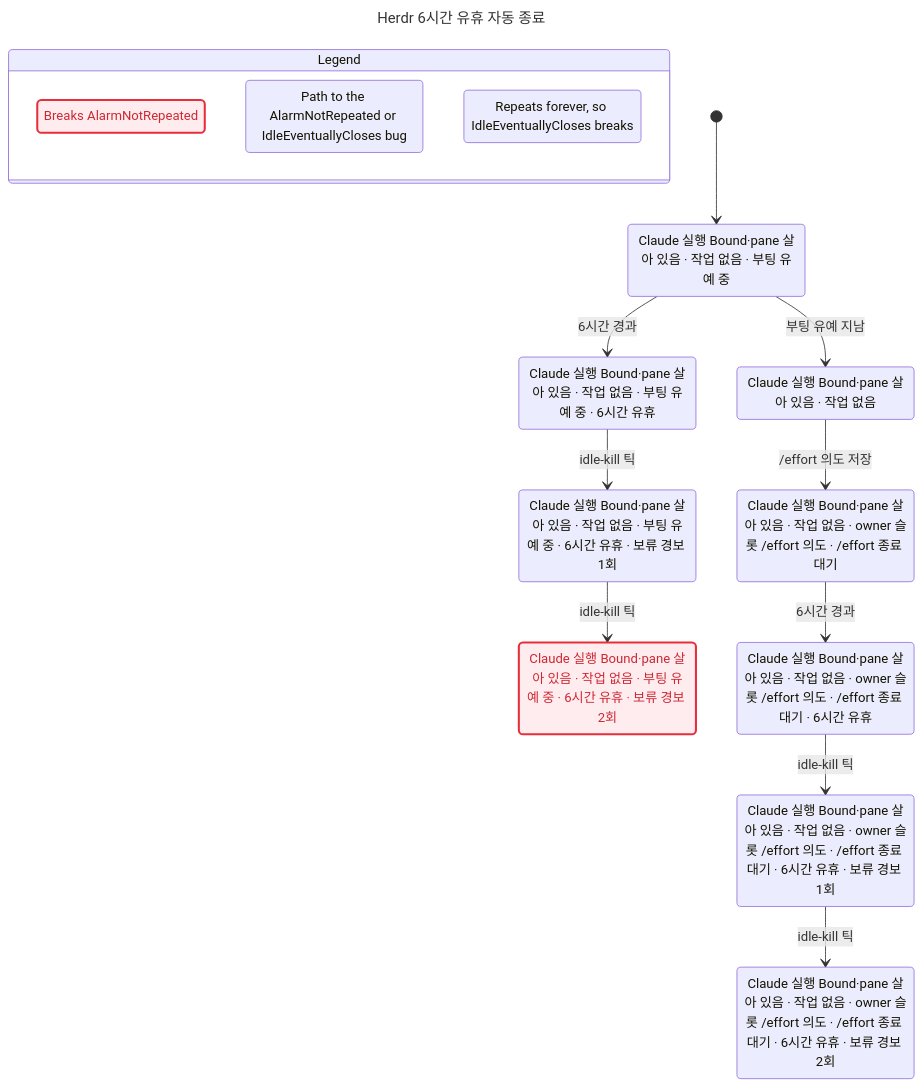
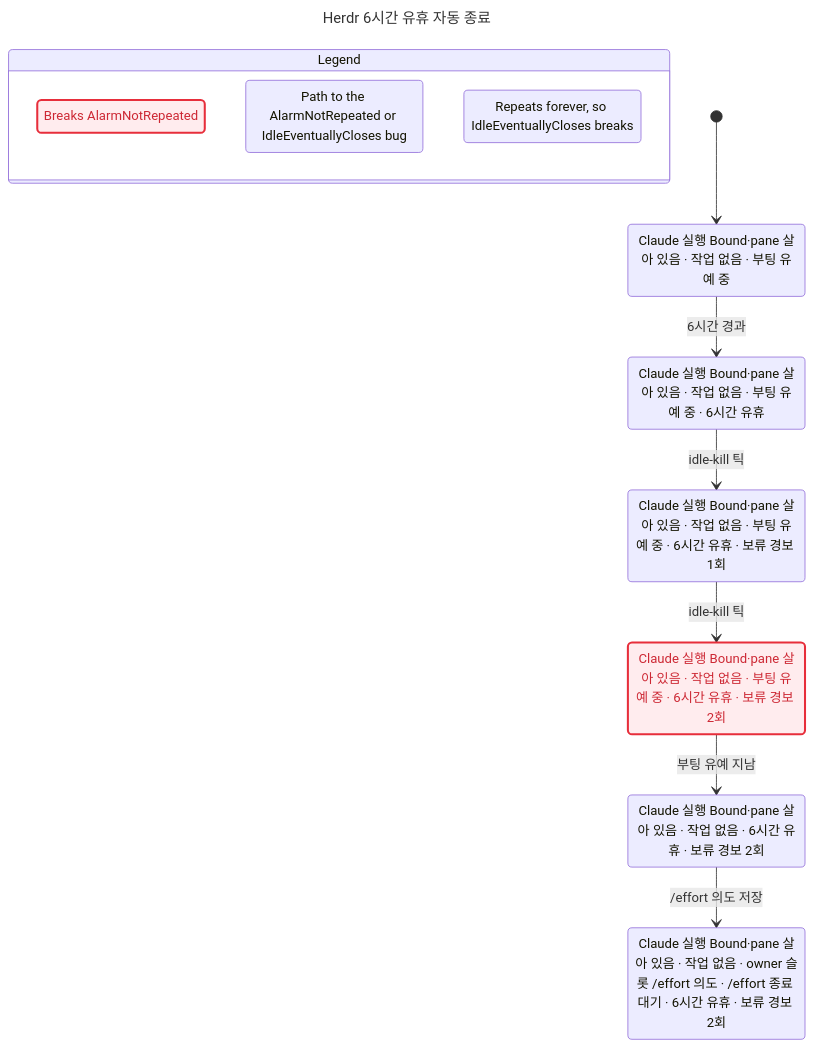
The diagram in docs/statecharts/session-lifecycle/herdr-idle-expire-Before.chart.mmd (itismyfield/AgentDesk), drawn with Mermaid before and after one commit. The commit also changed 19 other files, not shown here.

```diff
--- a/docs/statecharts/session-lifecycle/herdr-idle-expire-Before.chart.mmd
+++ b/docs/statecharts/session-lifecycle/herdr-idle-expire-Before.chart.mmd
@@ -1,41 +1,32 @@
 ---
 title: "Herdr 6시간 유휴 자동 종료"
 ---
 stateDiagram-v2
   state "Legend" as legend {
     lg0: Breaks AlarmNotRepeated
     lg1: Path to the AlarmNotRepeated or IdleEventuallyCloses bug
     lg2: Repeats forever, so IdleEventuallyCloses breaks
   }
   class lg0 breaks
   class lg1 bugPath
   class lg2 repeats
   s0: Claude 실행 Bound#183;pane 살아 있음 #183; 작업 없음 #183; 부팅 유예 중
   s1: Claude 실행 Bound#183;pane 살아 있음 #183; 작업 없음 #183; 부팅 유예 중 #183; 6시간 유휴
-  s2: Claude 실행 Bound#183;pane 살아 있음 #183; 작업 없음
-  s3: Claude 실행 Bound#183;pane 살아 있음 #183; 작업 없음 #183; 부팅 유예 중 #183; 6시간 유휴 #183; 보류 경보 1회
-  s4: Claude 실행 Bound#183;pane 살아 있음 #183; 작업 없음 #183; owner 슬롯 /effort 의도 #183; /effort 종료 대기
-  s5: Claude 실행 Bound#183;pane 살아 있음 #183; 작업 없음 #183; 부팅 유예 중 #183; 6시간 유휴 #183; 보류 경보 2회
-  s6: Claude 실행 Bound#183;pane 살아 있음 #183; 작업 없음 #183; owner 슬롯 /effort 의도 #183; /effort 종료 대기 #183; 6시간 유휴
-  s7: Claude 실행 Bound#183;pane 살아 있음 #183; 작업 없음 #183; owner 슬롯 /effort 의도 #183; /effort 종료 대기 #183; 6시간 유휴 #183; 보류 경보 1회
-  s8: Claude 실행 Bound#183;pane 살아 있음 #183; 작업 없음 #183; owner 슬롯 /effort 의도 #183; /effort 종료 대기 #183; 6시간 유휴 #183; 보류 경보 2회
+  s2: Claude 실행 Bound#183;pane 살아 있음 #183; 작업 없음 #183; 부팅 유예 중 #183; 6시간 유휴 #183; 보류 경보 1회
+  s3: Claude 실행 Bound#183;pane 살아 있음 #183; 작업 없음 #183; 부팅 유예 중 #183; 6시간 유휴 #183; 보류 경보 2회
+  s4: Claude 실행 Bound#183;pane 살아 있음 #183; 작업 없음 #183; 6시간 유휴 #183; 보류 경보 2회
+  s5: Claude 실행 Bound#183;pane 살아 있음 #183; 작업 없음 #183; owner 슬롯 /effort 의도 #183; /effort 종료 대기 #183; 6시간 유휴 #183; 보류 경보 2회
   [*] --> s0
   s0 --> s1: 6시간 경과
-  s0 --> s2: 부팅 유예 지남
-  s1 --> s3: idle-kill 틱
-  s2 --> s4: /effort 의도 저장
-  s3 --> s5: idle-kill 틱
-  s4 --> s6: 6시간 경과
-  s6 --> s7: idle-kill 틱
-  s7 --> s8: idle-kill 틱
+  s1 --> s2: idle-kill 틱
+  s2 --> s3: idle-kill 틱
+  s3 --> s4: 부팅 유예 지남
+  s4 --> s5: /effort 의도 저장
   classDef breaks fill:#ffecee,stroke:#e72e3b,stroke-width:2.5px,color:#cd2834
   class s0 bugPath
   class s1 bugPath
   class s2 bugPath
+  class s3 breaks
   class s3 bugPath
   class s4 bugPath
-  class s5 breaks
-  class s5 bugPath
-  class s6 bugPath
-  class s7 bugPath
-  class s8 repeats
+  class s5 repeats
```
